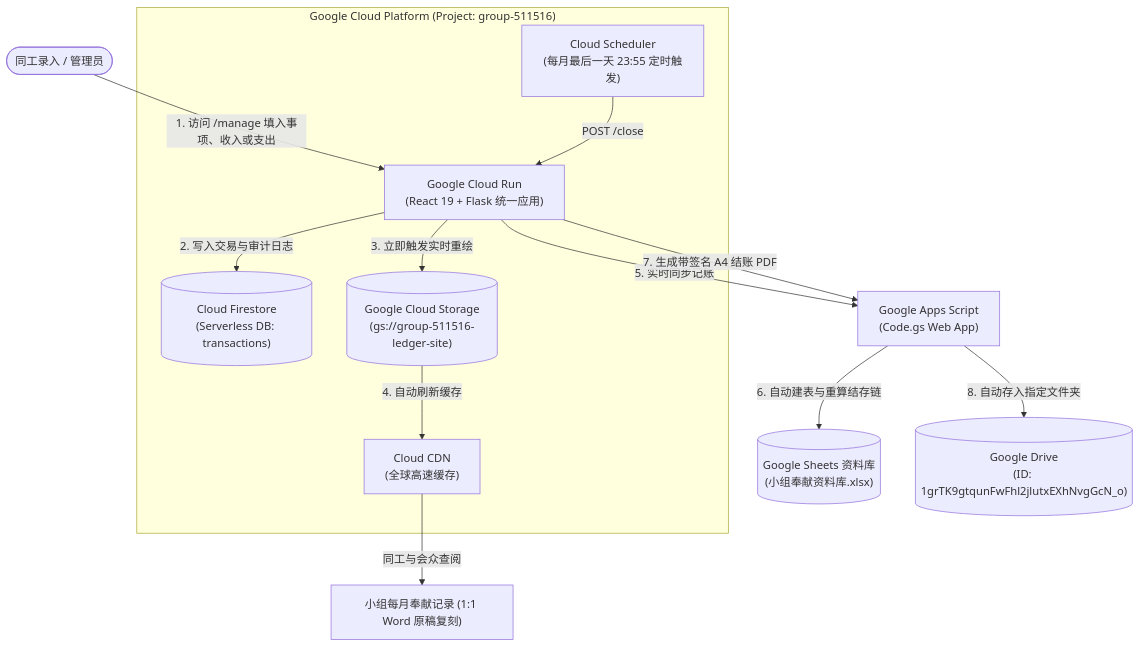
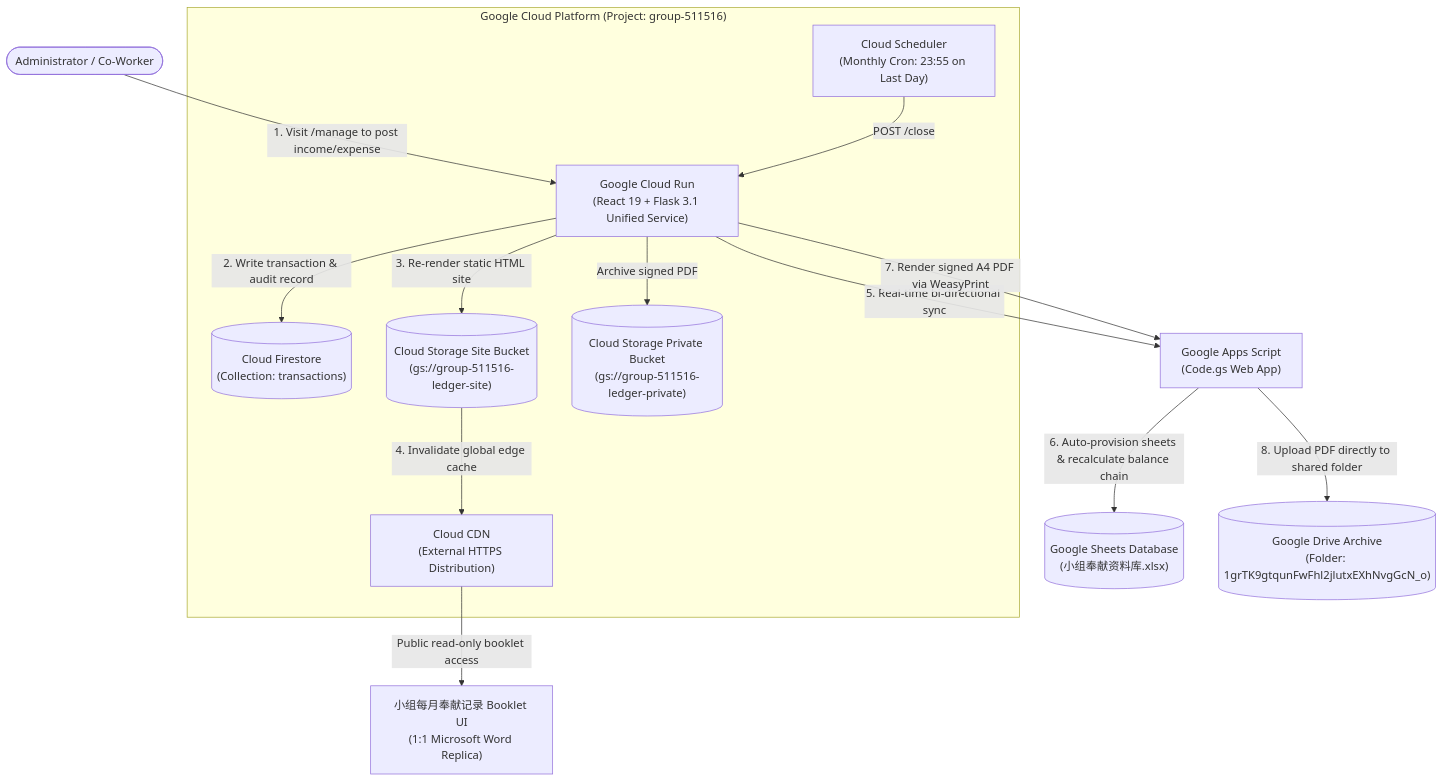
One commit to Aterpise-MY/Google-Cloud-Project changed the second of 3 diagrams in README.md. Above: the diagram before and after it, drawn with Mermaid. The commit also changed other lines of this file and 88 other files, not shown here.

````diff
--- a/README.md
+++ b/README.md
@@ -14,19 +117,19 @@
 ```mermaid
 flowchart TD
-    User(["同工录入 / 管理员"]) -->|1. 访问 /manage 填入事项、收入或支出| CloudRun["Google Cloud Run<br/>(React 19 + Flask 统一应用)"]
+    User(["Administrator / Co-Worker"]) -->|1. Visit /manage to post income/expense| CloudRun["Google Cloud Run<br/>(React 19 + Flask 3.1 Unified Service)"]
     
     subgraph GCP ["Google Cloud Platform (Project: group-511516)"]
-        CloudRun -->|2. 写入交易与审计日志| Firestore[("Cloud Firestore<br/>(Serverless DB: transactions)")]
-        CloudRun -->|3. 立即触发实时重绘| GCS[("Google Cloud Storage<br/>(gs://group-511516-ledger-site)")]
-        GCS -->|4. 自动刷新缓存| CDN["Cloud CDN<br/>(全球高速缓存)"]
-        Scheduler["Cloud Scheduler<br/>(每月最后一天 23:55 定时触发)"] -->|POST /close| CloudRun
+        CloudRun -->|2. Write transaction & audit record| Firestore[("Cloud Firestore<br/>(Collection: transactions)")]
+        CloudRun -->|3. Re-render static HTML site| GCS[("Cloud Storage Site Bucket<br/>(gs://group-511516-ledger-site)")]
+        GCS -->|4. Invalidate global edge cache| CDN["Cloud CDN<br/>(External HTTPS Distribution)"]
+        Scheduler["Cloud Scheduler<br/>(Monthly Cron: 23:55 on Last Day)"] -->|POST /close| CloudRun
+        CloudRun -->|Archive signed PDF| PrivateGCS[("Cloud Storage Private Bucket<br/>(gs://group-511516-ledger-private)")]
     end
 
-    CloudRun -->|5. 实时同步记账| AppsScript["Google Apps Script<br/>(Code.gs Web App)"]
-    AppsScript -->|6. 自动建表与重算结存链| GoogleSheets[("Google Sheets 资料库<br/>(小组奉献资料库.xlsx)")]
+    CloudRun -->|5. Real-time bi-directional sync| AppsScript["Google Apps Script<br/>(Code.gs Web App)"]
+    AppsScript -->|6. Auto-provision sheets & recalculate balance chain| GoogleSheets[("Google Sheets Database<br/>(小组奉献资料库.xlsx)")]
+    CloudRun -->|7. Render signed A4 PDF via WeasyPrint| AppsScript
+    AppsScript -->|8. Upload PDF directly to shared folder| GoogleDrive[("Google Drive Archive<br/>(Folder: 1grTK9gtqunFwFhl2jlutxEXhNvgGcN_o)")]
     
-    CloudRun -->|7. 生成带签名 A4 结账 PDF| AppsScript
-    AppsScript -->|8. 自动存入指定文件夹| GoogleDrive[("Google Drive<br/>(ID: 1grTK9gtqunFwFhl2jlutxEXhNvgGcN_o)")]
-    
-    CDN -->|同工与会众查阅| BookletUI["小组每月奉献记录 (1:1 Word 原稿复刻)"]
+    CDN -->|Public read-only booklet access| BookletUI["小组每月奉献记录 Booklet UI<br/>(1:1 Microsoft Word Replica)"]
 ```
````
